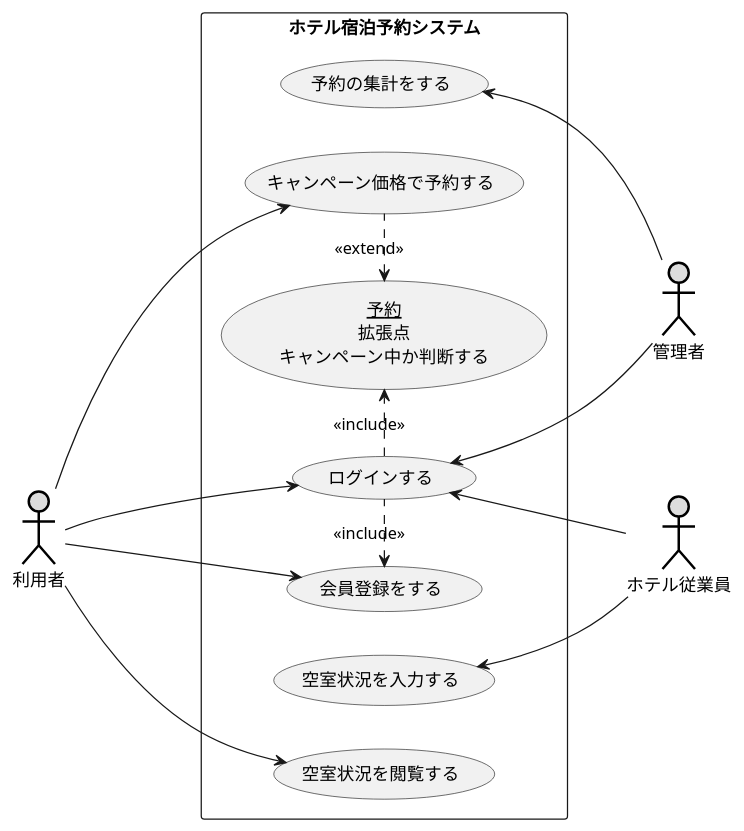
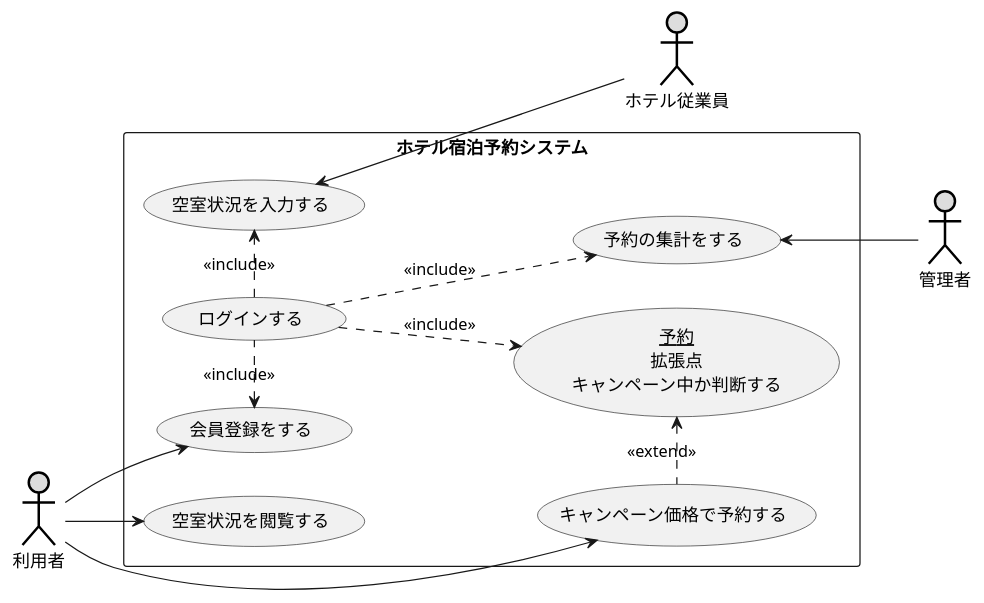
Before and after one commit to syutamorijyobi/uml-introduction: the diagram in 演習2-8_UC_ホテル予約システム.pu, drawn with PlantUML. The commit also changed 1 other file, not shown here.

```diff
--- a/演習2-8_UC_ホテル予約システム.pu
+++ b/演習2-8_UC_ホテル予約システム.pu
@@ -1,26 +1,25 @@
 @startuml ユースケース図
 left to right direction
 actor 利用者 #DDDDDD;line:black;line.bold;
 actor ホテル従業員 #DDDDDD;line:black;line.bold;
 actor 管理者 #DDDDDD;line:black;line.bold;
 rectangle ホテル宿泊予約システム {
 usecase ログインする
 usecase 会員登録をする
 usecase キャンペーン価格で予約する
 usecase (<u>予約</u>\n拡張点\nキャンペーン中か判断する) as input
 usecase 空室状況を閲覧する   
 usecase 空室状況を入力する
 usecase 予約の集計をする
 }
-予約の集計をする <-right- 管理者
+input <. (キャンペーン価格で予約する) : <<extend>>
 利用者 ---> キャンペーン価格で予約する
-利用者 -> ログインする
 利用者 -> 会員登録をする
 利用者 --> 空室状況を閲覧する
+ログインする ..>予約の集計をする: <<include>>
+ログインする ..> input : << include >>
 会員登録をする <. ログインする : <<include>>
-ログインする <-- ホテル従業員
-ログインする <-- 管理者
-input <. (キャンペーン価格で予約する) : <<extend>>
-ログインする .> input : << include >>
-空室状況を入力する <-right- ホテル従業員
+予約の集計をする <-- 管理者
+空室状況を入力する <-- ホテル従業員
+ログインする .right.>空室状況を入力する: <<include>>
 @enduml
```
